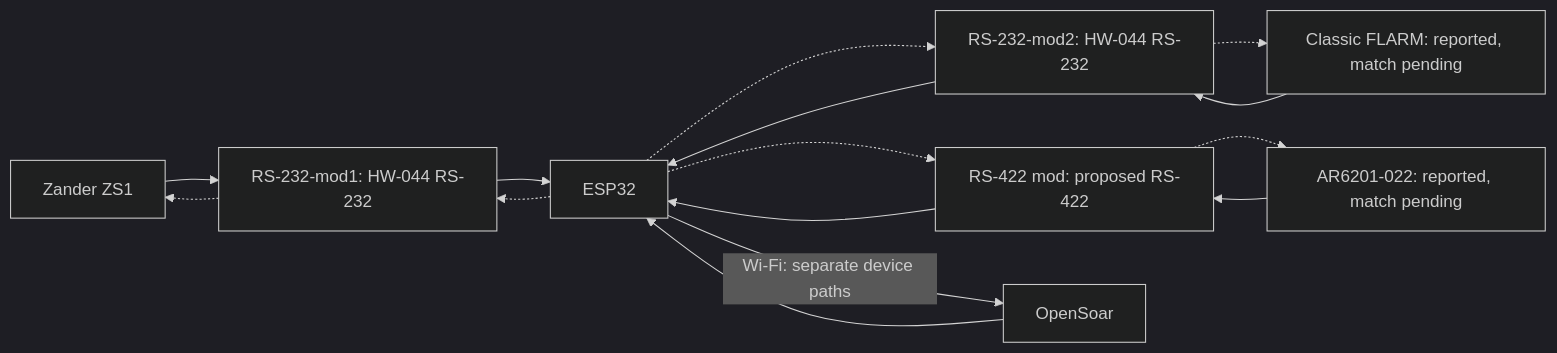
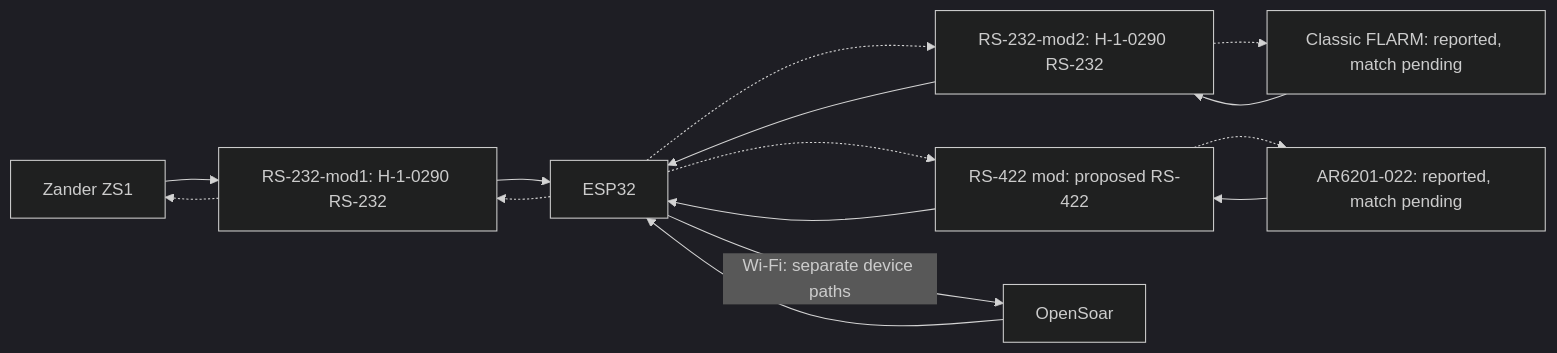
The first of 2 diagrams in docs/connections.md (MomoRC-tech/Becker-AR6201-to-OpenSoar), drawn with Mermaid (dark theme) before and after one commit. The commit also changed other lines of this file and 10 other files, not shown here.

````diff
--- a/docs/connections.md
+++ b/docs/connections.md
@@ -17,17 +17,17 @@
 ```mermaid
 flowchart LR
-    Z[Zander ZS1] --> NZ["RS-232-mod1: HW-044 RS-232"]
-    F["Classic FLARM: reported, match pending"] --> NF["RS-232-mod2: HW-044 RS-232"]
+    Z[Zander ZS1] --> NZ["RS-232-mod1: H-1-0290 RS-232"]
+    F["Classic FLARM: reported, match pending"] --> NF["RS-232-mod2: H-1-0290 RS-232"]
     NZ --> E[ESP32]
     NF --> E
     NZ -.-> Z
     E -.-> NZ
     NF -.-> F
     E -.-> NF
     B["AR6201-022: reported, match pending"] --> R["RS-422 mod: proposed RS-422"]
     R --> E
     E -.-> R
     R -.-> B
     E -->|Wi-Fi: separate device paths| O[OpenSoar]
     O --> E
 ```
````
